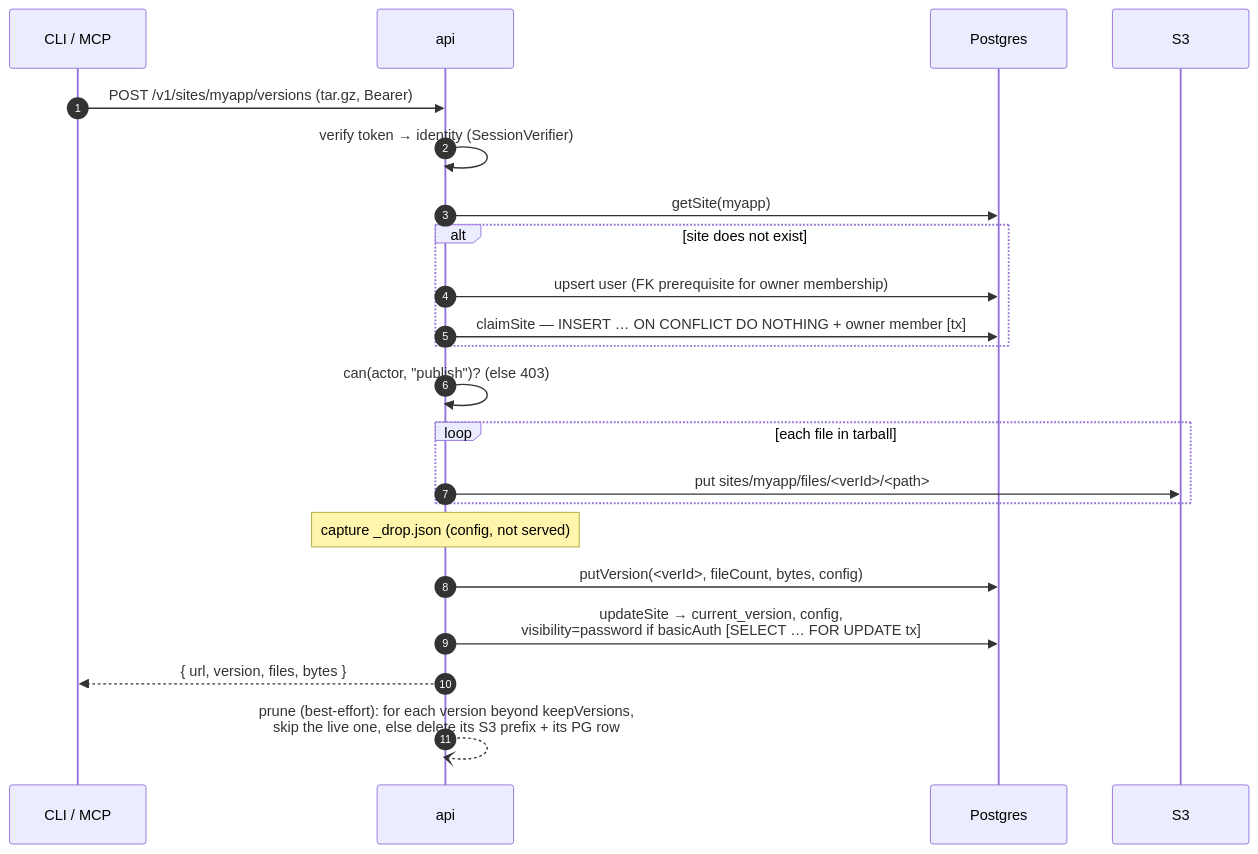
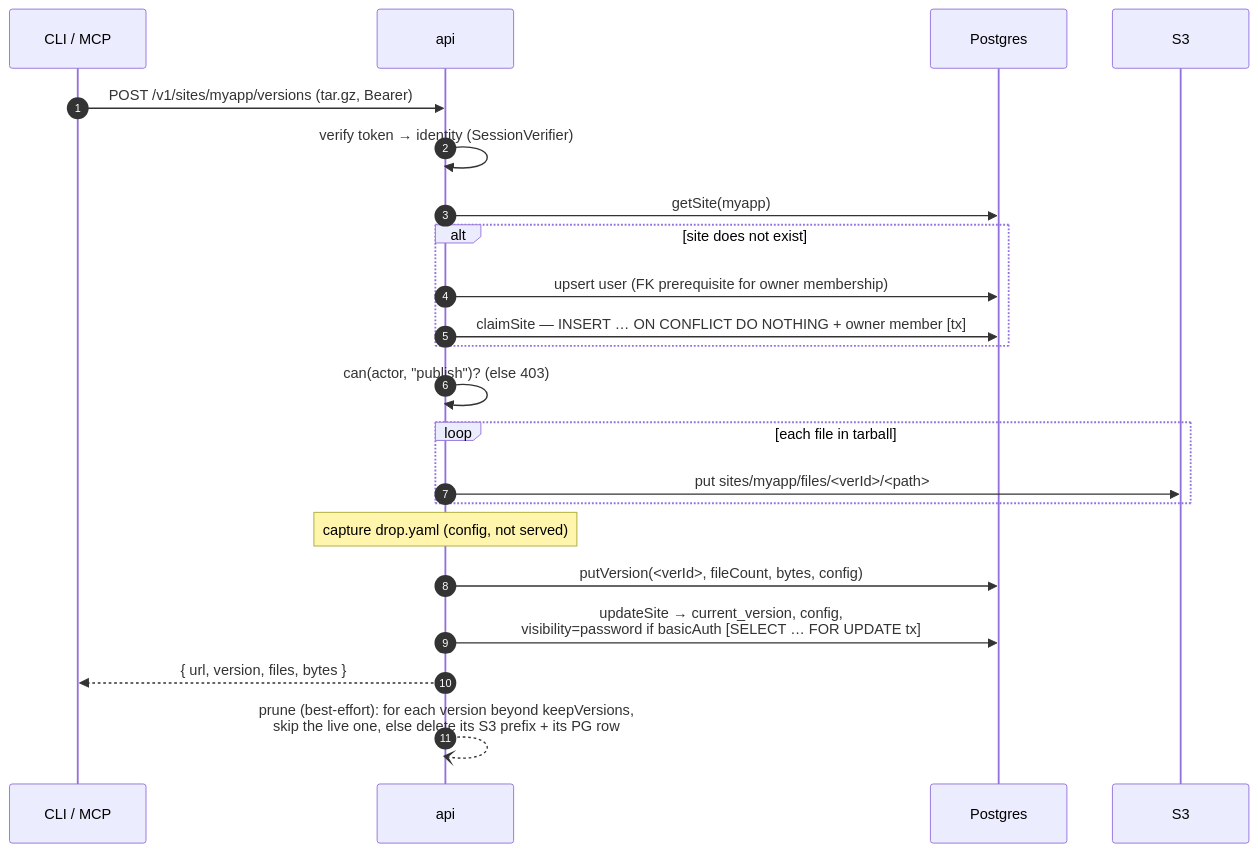
Before and after one commit to abhirathore2006/drop: the second of 6 diagrams in docs/ARCHITECTURE.md, drawn with Mermaid. The commit also changed other lines of this file and 23 other files, not shown here.

First line of the commit message:
refactor: drop.yaml is the only site config; remove _drop.json entirely

````diff
--- a/docs/ARCHITECTURE.md
+++ b/docs/ARCHITECTURE.md
@@ -66,25 +66,25 @@
 ```mermaid
 sequenceDiagram
     autonumber
     participant C as CLI / MCP
     participant A as api
     participant PG as Postgres
     participant S3 as S3
 
     C->>A: POST /v1/sites/myapp/versions (tar.gz, Bearer)
     A->>A: verify token → identity (SessionVerifier)
     A->>PG: getSite(myapp)
     alt site does not exist
         A->>PG: upsert user (FK prerequisite for owner membership)
         A->>PG: claimSite — INSERT … ON CONFLICT DO NOTHING + owner member [tx]
     end
     A->>A: can(actor, "publish")?  (else 403)
     loop each file in tarball
         A->>S3: put sites/myapp/files/<verId>/<path>
     end
-    note over A: capture _drop.json (config, not served)
+    note over A: capture drop.yaml (config, not served)
     A->>PG: putVersion(<verId>, fileCount, bytes, config)
     A->>PG: updateSite → current_version, config,<br/>visibility=password if basicAuth [SELECT … FOR UPDATE tx]
     A-->>C: { url, version, files, bytes }
     A--)A: prune (best-effort): for each version beyond keepVersions,<br/>skip the live one, else delete its S3 prefix + its PG row
 ```
````
